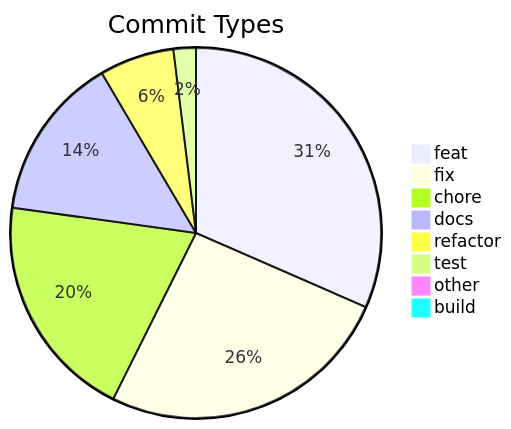
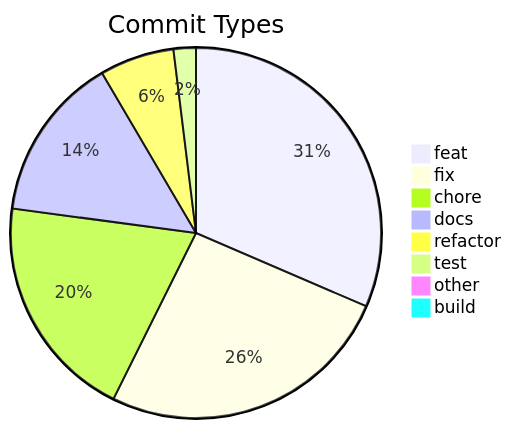
The diagram in .shipwright/compliance/change-history.md (svenroth-ai/shipwright), drawn with Mermaid before and after one commit. The commit also changed other lines of this file and 23 other files, not shown here.

````diff
--- a/.shipwright/compliance/change-history.md
+++ b/.shipwright/compliance/change-history.md
@@ -8,11 +8,11 @@
 ```mermaid
 pie title Commit Types
     "feat" : 242
-    "fix" : 198
+    "fix" : 199
     "chore" : 152
-    "docs" : 110
+    "docs" : 111
     "refactor" : 50
     "test" : 15
     "other" : 7
     "build" : 1
 ```
````
